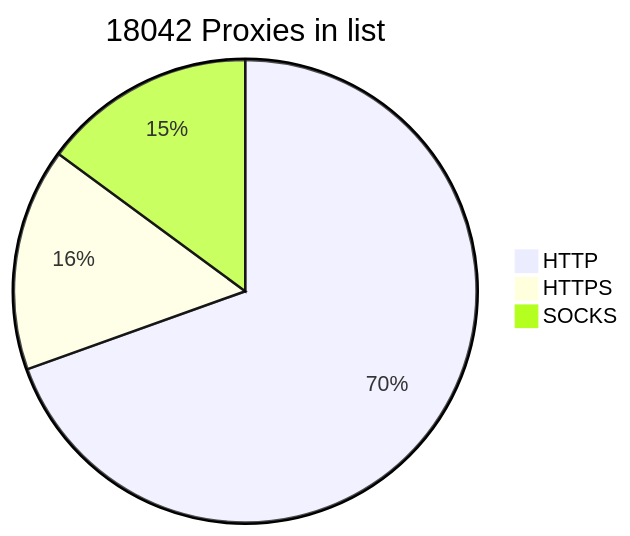
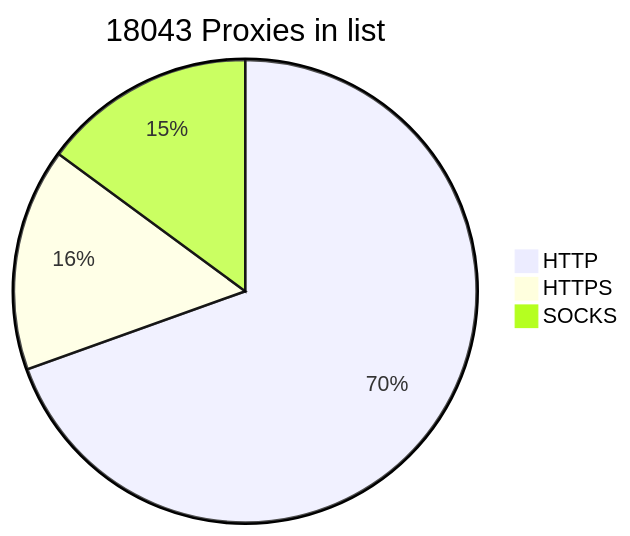
The diagram in README.md (BlackSnowDot/proxylist-update-every-minute), drawn with Mermaid before and after one commit.

````diff
--- a/README.md
+++ b/README.md
@@ -2,6 +2,6 @@
 ```mermaid
-pie title 18042 Proxies in list
-    "HTTP" : 13501
-    "HTTPS": 3024
+pie title 18043 Proxies in list
+    "HTTP" : 13500
+    "HTTPS": 3025
     "SOCKS" : 2893
 ```
````
